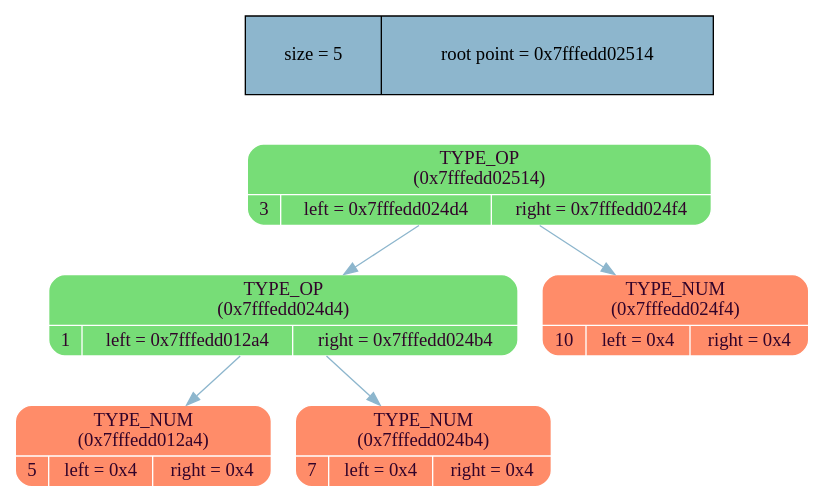
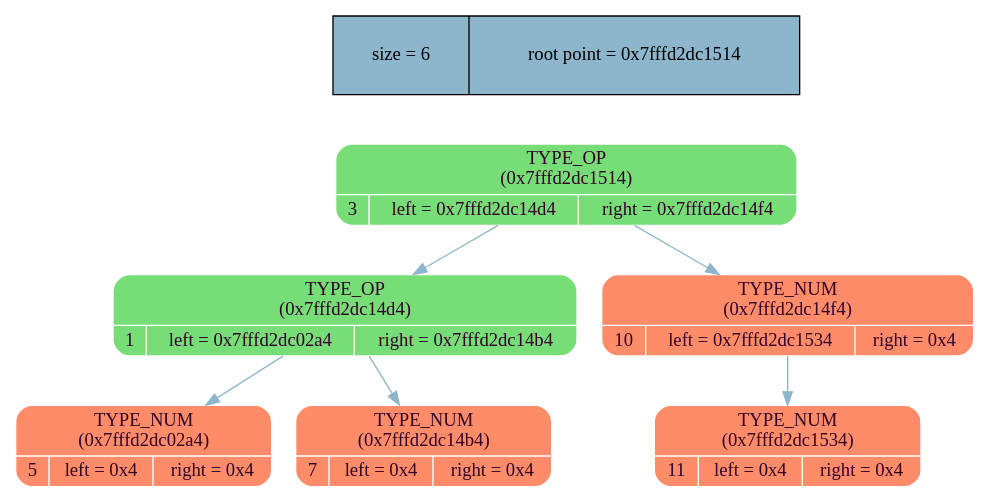
One commit to MaxGroshev/differentiator changed the diagram in dump_info/tree_dump.dot. Above: the diagram before and after it, drawn with Graphviz. The commit also changed 7 other files, not shown here.

```diff
--- a/dump_info/tree_dump.dot
+++ b/dump_info/tree_dump.dot
@@ -1,18 +1,20 @@
 digraph   
 {
 rankdir = ""
 splines = "true"
 
-node_stat [margin = "0.3*0.3", style = "filled", shape = "record", fillcolor = "#8DB6CD" label = " size = 5 | root point = 0x7fffedd02514"]
+node_stat [margin = "0.3*0.3", style = "filled", shape = "record", fillcolor = "#8DB6CD" label = " size = 6 | root point = 0x7fffd2dc1514"]
 {rank = source; node_stat}
 
-node0x7fffedd02514 [shape = "Mrecord", fillcolor = "#77DD77", style = "filled", fontcolor = "#31032A", fontname = "Calibri", color = "white", label = "{TYPE_OP\n (0x7fffedd02514)| {3 |left = 0x7fffedd024d4 |right = 0x7fffedd024f4}}"]
-node0x7fffedd02514 -> node0x7fffedd024d4 [color = "#8DB6CD", style = "", constraint = true, fillcolor = "#8DB6CD",   fontcolor = "", fontname = "Calibri", label = ""];
-node0x7fffedd024d4 [shape = "Mrecord", fillcolor = "#77DD77", style = "filled", fontcolor = "#31032A", fontname = "Calibri", color = "white", label = "{TYPE_OP\n (0x7fffedd024d4)| {1 |left = 0x7fffedd012a4 |right = 0x7fffedd024b4}}"]
-node0x7fffedd024d4 -> node0x7fffedd012a4 [color = "#8DB6CD", style = "", constraint = true, fillcolor = "#8DB6CD",   fontcolor = "", fontname = "Calibri", label = ""];
-node0x7fffedd012a4 [shape = "Mrecord", fillcolor = "#FF8C69", style = "filled", fontcolor = "#31032A", fontname = "Calibri", color = "white", label = "{TYPE_NUM\n (0x7fffedd012a4)| {5 |left = 0x4 |right = 0x4}}"]
-node0x7fffedd024d4 -> node0x7fffedd024b4 [color = "#8DB6CD", style = "", constraint = true, fillcolor = "#8DB6CD",   fontcolor = "", fontname = "Calibri", label = ""];
-node0x7fffedd024b4 [shape = "Mrecord", fillcolor = "#FF8C69", style = "filled", fontcolor = "#31032A", fontname = "Calibri", color = "white", label = "{TYPE_NUM\n (0x7fffedd024b4)| {7 |left = 0x4 |right = 0x4}}"]
-node0x7fffedd02514 -> node0x7fffedd024f4 [color = "#8DB6CD", style = "", constraint = true, fillcolor = "#8DB6CD",   fontcolor = "", fontname = "Calibri", label = ""];
-node0x7fffedd024f4 [shape = "Mrecord", fillcolor = "#FF8C69", style = "filled", fontcolor = "#31032A", fontname = "Calibri", color = "white", label = "{TYPE_NUM\n (0x7fffedd024f4)| {10 |left = 0x4 |right = 0x4}}"]
+node0x7fffd2dc1514 [shape = "Mrecord", fillcolor = "#77DD77", style = "filled", fontcolor = "#31032A", fontname = "Calibri", color = "white", label = "{TYPE_OP\n (0x7fffd2dc1514)| {3 |left = 0x7fffd2dc14d4 |right = 0x7fffd2dc14f4}}"]
+node0x7fffd2dc1514 -> node0x7fffd2dc14d4 [color = "#8DB6CD", style = "", constraint = true, fillcolor = "#8DB6CD",   fontcolor = "", fontname = "Calibri", label = ""];
+node0x7fffd2dc14d4 [shape = "Mrecord", fillcolor = "#77DD77", style = "filled", fontcolor = "#31032A", fontname = "Calibri", color = "white", label = "{TYPE_OP\n (0x7fffd2dc14d4)| {1 |left = 0x7fffd2dc02a4 |right = 0x7fffd2dc14b4}}"]
+node0x7fffd2dc14d4 -> node0x7fffd2dc02a4 [color = "#8DB6CD", style = "", constraint = true, fillcolor = "#8DB6CD",   fontcolor = "", fontname = "Calibri", label = ""];
+node0x7fffd2dc02a4 [shape = "Mrecord", fillcolor = "#FF8C69", style = "filled", fontcolor = "#31032A", fontname = "Calibri", color = "white", label = "{TYPE_NUM\n (0x7fffd2dc02a4)| {5 |left = 0x4 |right = 0x4}}"]
+node0x7fffd2dc14d4 -> node0x7fffd2dc14b4 [color = "#8DB6CD", style = "", constraint = true, fillcolor = "#8DB6CD",   fontcolor = "", fontname = "Calibri", label = ""];
+node0x7fffd2dc14b4 [shape = "Mrecord", fillcolor = "#FF8C69", style = "filled", fontcolor = "#31032A", fontname = "Calibri", color = "white", label = "{TYPE_NUM\n (0x7fffd2dc14b4)| {7 |left = 0x4 |right = 0x4}}"]
+node0x7fffd2dc1514 -> node0x7fffd2dc14f4 [color = "#8DB6CD", style = "", constraint = true, fillcolor = "#8DB6CD",   fontcolor = "", fontname = "Calibri", label = ""];
+node0x7fffd2dc14f4 [shape = "Mrecord", fillcolor = "#FF8C69", style = "filled", fontcolor = "#31032A", fontname = "Calibri", color = "white", label = "{TYPE_NUM\n (0x7fffd2dc14f4)| {10 |left = 0x7fffd2dc1534 |right = 0x4}}"]
+node0x7fffd2dc14f4 -> node0x7fffd2dc1534 [color = "#8DB6CD", style = "", constraint = true, fillcolor = "#8DB6CD",   fontcolor = "", fontname = "Calibri", label = ""];
+node0x7fffd2dc1534 [shape = "Mrecord", fillcolor = "#FF8C69", style = "filled", fontcolor = "#31032A", fontname = "Calibri", color = "white", label = "{TYPE_NUM\n (0x7fffd2dc1534)| {11 |left = 0x4 |right = 0x4}}"]
 }
```
